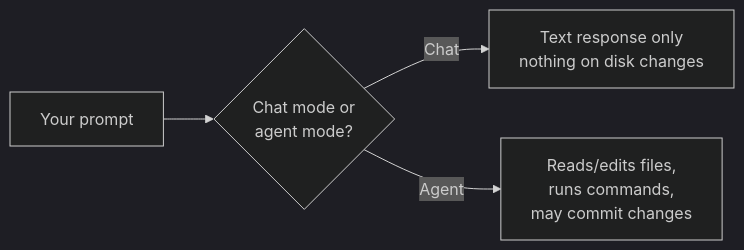
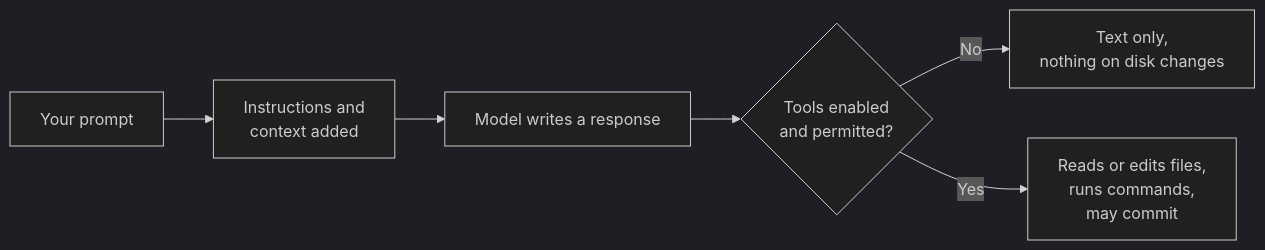
The diagram in education/0_prerequisites/prerequisite-what-is-an-llm-assistant.md (JeanKadang/DOC-GitHub-Practice-Skills), drawn with Mermaid (dark theme) before and after one commit. The commit also changed other lines of this file and 1 other file, not shown here.

First line of the commit message:
docs: sharpen the LLM prerequisite's mental model and add practice

````diff
--- a/education/0_prerequisites/prerequisite-what-is-an-llm-assistant.md
+++ b/education/0_prerequisites/prerequisite-what-is-an-llm-assistant.md
@@ -33,6 +43,8 @@
 ```mermaid
 flowchart LR
-    A[Your prompt] --> B{Chat mode or<br/>agent mode?}
-    B -- Chat --> C[Text response only<br/>nothing on disk changes]
-    B -- Agent --> D[Reads/edits files,<br/>runs commands,<br/>may commit changes]
+    A[Your prompt] --> B[Instructions and<br/>context added]
+    B --> C[Model writes a response]
+    C --> D{Tools enabled<br/>and permitted?}
+    D -- No --> E[Text only,<br/>nothing on disk changes]
+    D -- Yes --> F[Reads or edits files,<br/>runs commands,<br/>may commit]
 ```
````
